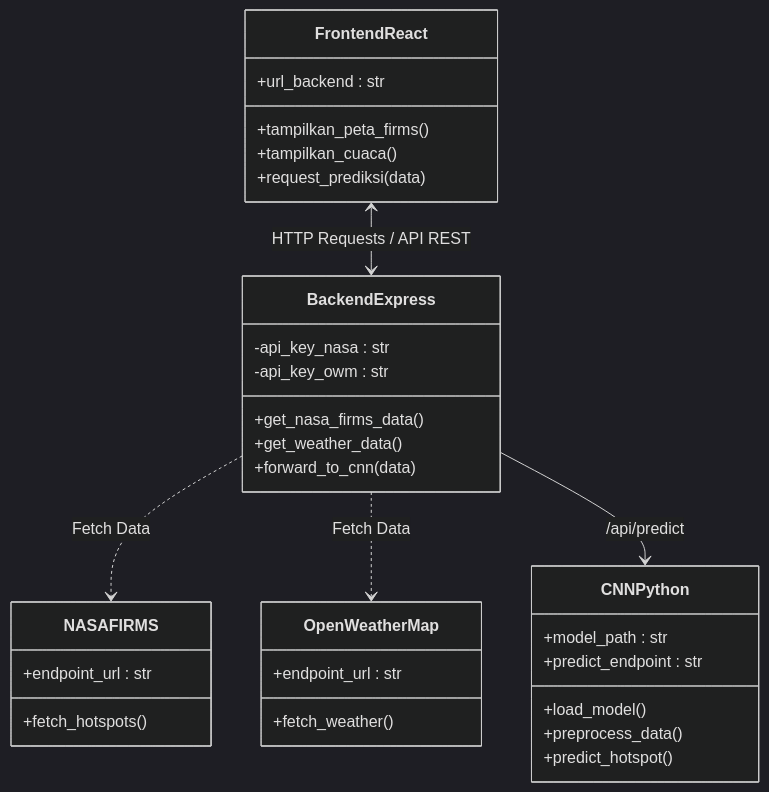
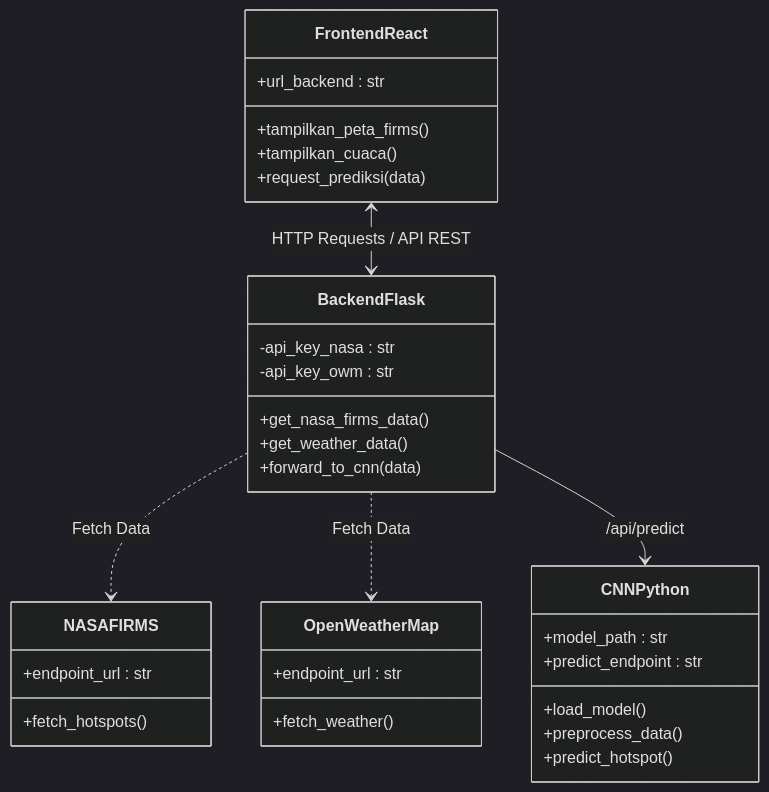
One commit to hissyam90/kalimantan-wildfire-hotspot-detection changed the diagram in docs/PRESENTASI.md. Above: the diagram before and after it, drawn with Mermaid (dark theme). The commit also changed other lines of this file and 22 other files, not shown here.

First line of the commit message:
feat(backend): implement Flask API for wildfire detection

````diff
--- a/docs/PRESENTASI.md
+++ b/docs/PRESENTASI.md
@@ -81,40 +81,40 @@
 ```mermaid
 classDiagram
     class FrontendReact {
         +url_backend : str
         +tampilkan_peta_firms()
         +tampilkan_cuaca()
         +request_prediksi(data)
     }
 
-    class BackendExpress {
+    class BackendFlask {
         -api_key_nasa : str
         -api_key_owm : str
         +get_nasa_firms_data()
         +get_weather_data()
         +forward_to_cnn(data)
     }
 
     class NASAFIRMS {
         +endpoint_url : str
         +fetch_hotspots()
     }
 
     class OpenWeatherMap {
         +endpoint_url : str
         +fetch_weather()
     }
 
     class CNNPython {
         +model_path : str
         +predict_endpoint : str
         +load_model()
         +preprocess_data()
         +predict_hotspot()
     }
 
-    FrontendReact <--> BackendExpress : HTTP Requests / API REST
-    BackendExpress ..> NASAFIRMS : Fetch Data
-    BackendExpress ..> OpenWeatherMap : Fetch Data
-    BackendExpress --> CNNPython : /api/predict
+    FrontendReact <--> BackendFlask : HTTP Requests / API REST
+    BackendFlask ..> NASAFIRMS : Fetch Data
+    BackendFlask ..> OpenWeatherMap : Fetch Data
+    BackendFlask --> CNNPython : /api/predict
 ```
````
